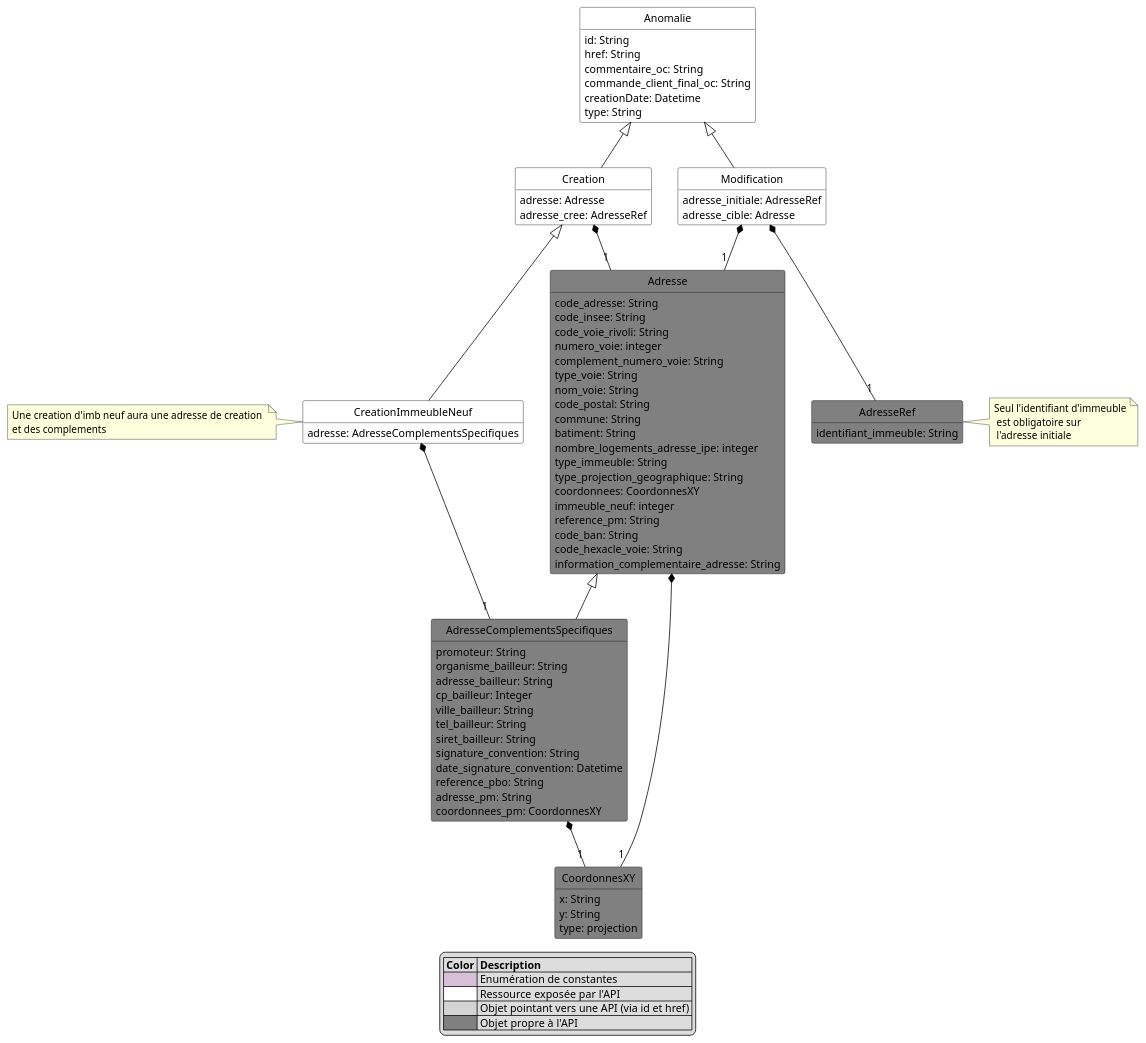
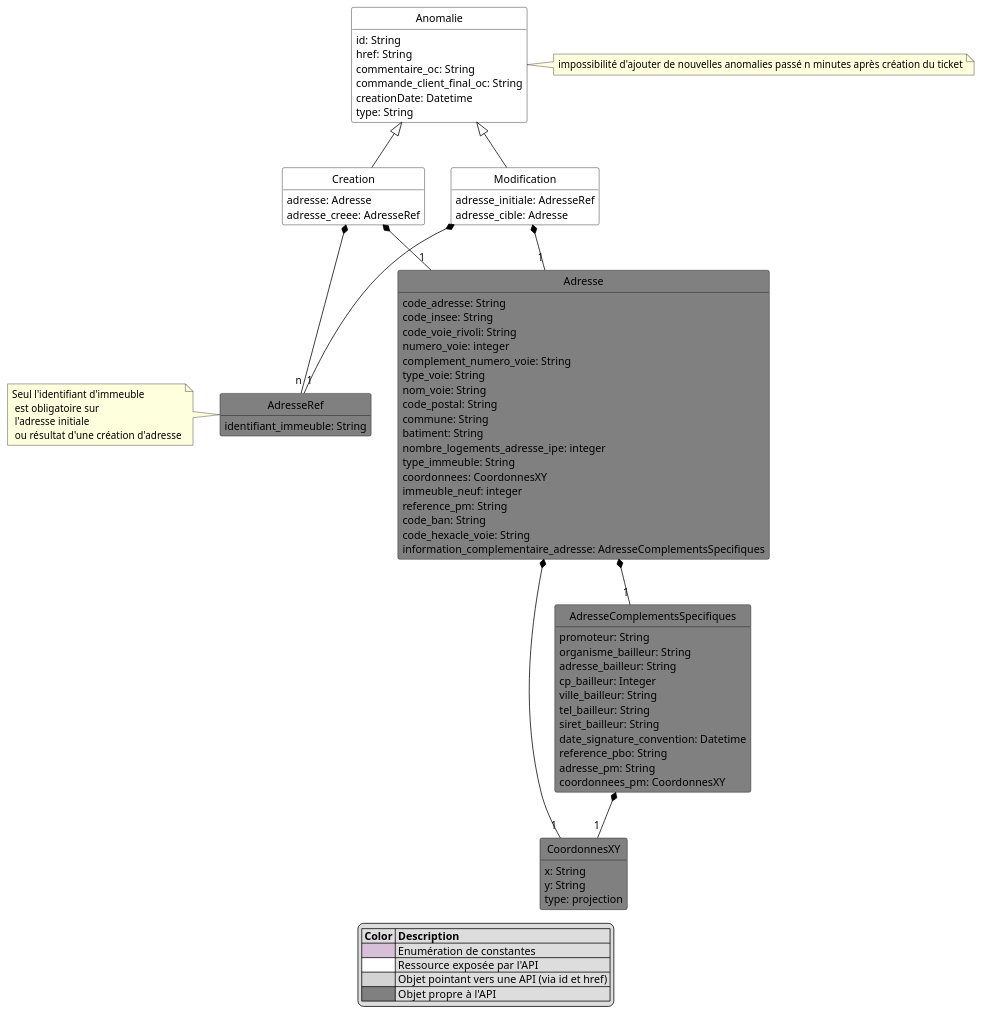
One commit to before-interop/anomalieAdresse changed the diagram in model.puml. Above: the diagram before and after it, drawn with PlantUML.

```diff
--- a/model.puml
+++ b/model.puml
@@ -1,105 +1,99 @@
 @startuml
 hide circle
 hide methods
 hide stereotype
 show <<Enumeration>> stereotype
 skinparam class {
    BackgroundColor<<Enumeration>> #Thistle
    BackgroundColor<<Ref>> #LightGrey
    BackgroundColor<<Pivot>> #FFFFFFF
    BackgroundColor #Grey
    BorderColor #Black
    ArrowColor #Black
 }
 
 class Anomalie <<Pivot>> {
     id: String
     href: String
     commentaire_oc: String
     commande_client_final_oc: String
     creationDate: Datetime
     type: String
 }
+note right of Anomalie: impossibilité d'ajouter de nouvelles anomalies passé n minutes après création du ticket 
 
 class Creation <<Pivot>> {
     adresse: Adresse
-    adresse_cree: AdresseRef
+    adresse_creee: AdresseRef
 }
 Anomalie <|-- Creation
 Creation *-- "1" Adresse
+Creation *-- "n" AdresseRef
 
-class CreationImmeubleNeuf <<Pivot>> {
-    adresse: AdresseComplementsSpecifiques
-}
-note left:  Une creation d'imb neuf aura une adresse de creation \net des complements
-CreationImmeubleNeuf *-- "1" AdresseComplementsSpecifiques
-Creation <|-- CreationImmeubleNeuf
 
 class Modification <<Pivot>> {
     adresse_initiale: AdresseRef
     adresse_cible: Adresse
 }
 Anomalie <|-- Modification
 Modification *-- "1" Adresse
 Modification *-- "1" AdresseRef
 
 class Adresse {
     code_adresse: String
     code_insee: String
     code_voie_rivoli: String
     numero_voie: integer
     complement_numero_voie: String
     type_voie: String
     nom_voie: String
     code_postal: String
     commune: String
     batiment: String
     nombre_logements_adresse_ipe: integer
     type_immeuble: String
-    type_projection_geographique: String
     coordonnees: CoordonnesXY
     immeuble_neuf: integer
     reference_pm: String
     code_ban: String
     code_hexacle_voie: String
-    information_complementaire_adresse: String
+    information_complementaire_adresse: AdresseComplementsSpecifiques
 }
 Adresse *--"1" CoordonnesXY
+Adresse *--"1" AdresseComplementsSpecifiques
 
 class AdresseRef {
     identifiant_immeuble: String
 }
-note right of AdresseRef: Seul l'identifiant d'immeuble\n est obligatoire sur \n l'adresse initiale
+note left of AdresseRef: Seul l'identifiant d'immeuble\n est obligatoire sur \n l'adresse initiale \n ou résultat d'une création d'adresse 
 
 class AdresseComplementsSpecifiques {
     promoteur: String
     organisme_bailleur: String
     adresse_bailleur: String
     cp_bailleur: Integer
     ville_bailleur: String
     tel_bailleur: String
     siret_bailleur: String
-    signature_convention: String
     date_signature_convention: Datetime
     reference_pbo: String
     adresse_pm: String
     coordonnees_pm: CoordonnesXY
 }
-Adresse <|-- AdresseComplementsSpecifiques
 AdresseComplementsSpecifiques *--"1" CoordonnesXY
 
 class CoordonnesXY {
     x: String
     y: String
     type: projection
 }
 
 legend
     |= Color |= Description |
     |<#Thistle>| Enumération de constantes|
     |<#FFFFFF>| Ressource exposée par l'API |
     |<#LightGrey>| Objet pointant vers une API (via id et href) |
     |<#Grey>| Objet propre à l'API  |
 endlegend
 
 @enduml
```
